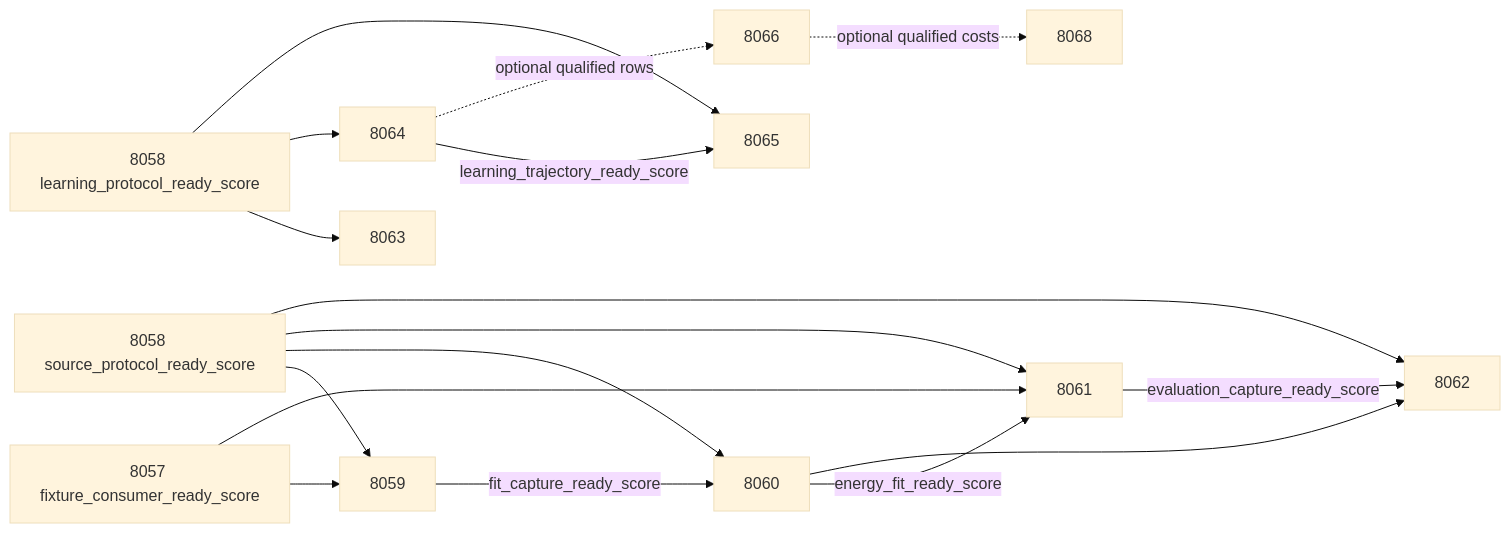
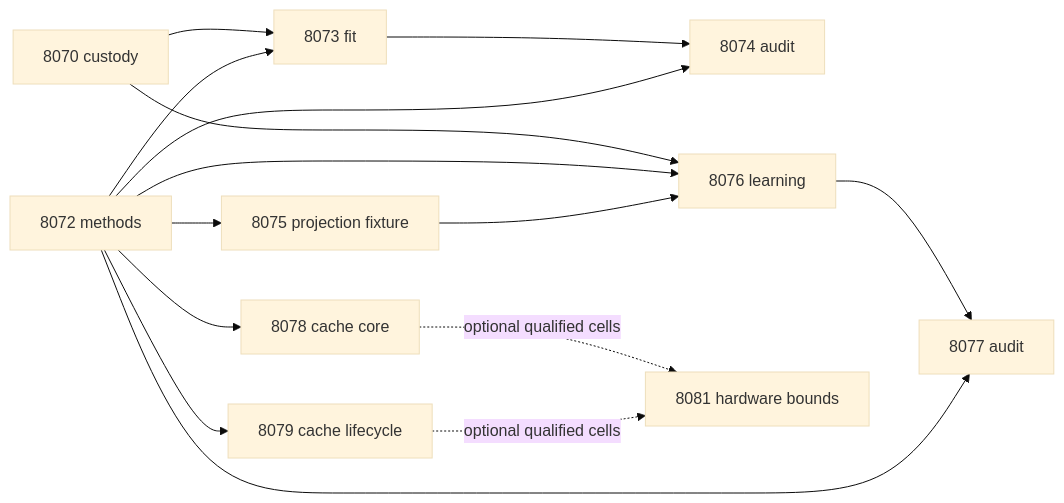
One commit to Carnot-EBM/carnot-ebm changed the second of 2 diagrams in openspec/change-proposals/research-roadmap-vNEXT.md. Above: the diagram before and after it, drawn with Mermaid (base theme). The commit also changed other lines of this file and 16 other files, not shown here.

````diff
--- a/openspec/change-proposals/research-roadmap-vNEXT.md
+++ b/openspec/change-proposals/research-roadmap-vNEXT.md
@@ -292,19 +338,17 @@
 ```mermaid
 flowchart LR
-  F[8057 fixture_consumer_ready_score] --> Q[8059]
-  P[8058 source_protocol_ready_score] --> Q
-  Q -->|fit_capture_ready_score| E[8060]
-  P --> E
-  E -->|energy_fit_ready_score| V[8061]
-  F --> V
-  P --> V
-  V -->|evaluation_capture_ready_score| A[8062]
-  E --> A
-  P --> A
-  L[8058 learning_protocol_ready_score] --> D[8063]
-  L --> U[8064]
-  U -->|learning_trajectory_ready_score| R[8065]
-  L --> R
-  U -. optional qualified rows .-> C[8066]
-  C -. optional qualified costs .-> B[8068]
+  C[8070 custody] --> S[8073 fit]
+  M[8072 methods] --> S
+  S --> A[8074 audit]
+  M --> A
+  M --> K[8075 projection fixture]
+  C --> L[8076 learning]
+  M --> L
+  K --> L
+  L --> R[8077 audit]
+  M --> R
+  M --> X[8078 cache core]
+  M --> Y[8079 cache lifecycle]
+  X -. optional qualified cells .-> H[8081 hardware bounds]
+  Y -. optional qualified cells .-> H
 ```
````
